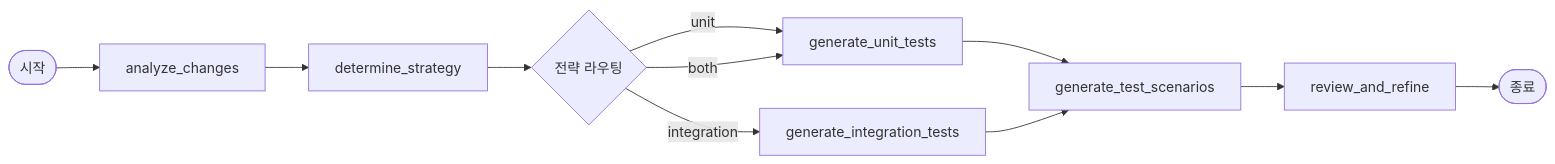
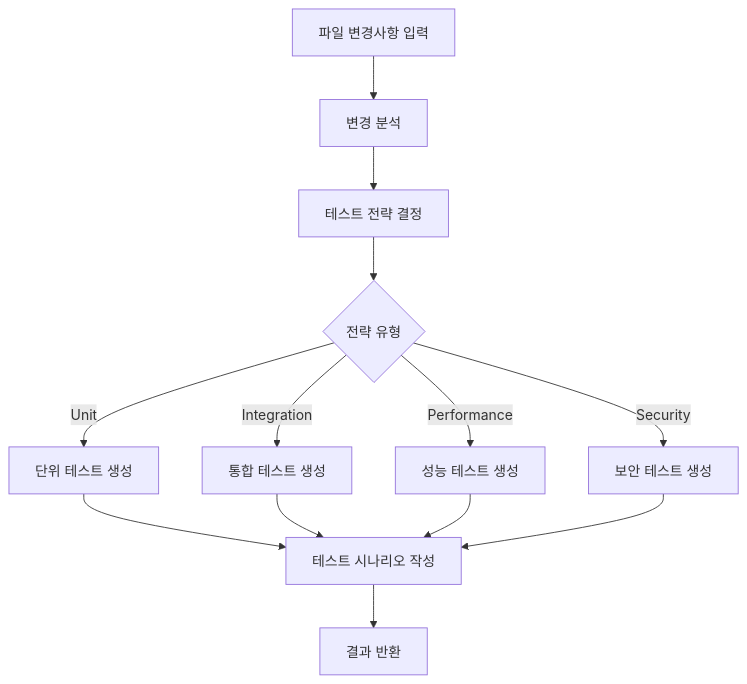
Before and after one commit to hmschlng/MS-AI-MVP: the diagram in docs/core/llm-agent.md, drawn with Mermaid. The commit also changed other lines of this file and 8 other files, not shown here.

````diff
--- a/docs/core/llm-agent.md
+++ b/docs/core/llm-agent.md
@@ -113,13 +119,15 @@
 ```mermaid
-graph LR
-    Start([시작]) --> A[analyze_changes]
-    A --> B[determine_strategy]
-    B --> C{전략 라우팅}
-    C -->|unit| D[generate_unit_tests]
-    C -->|integration| E[generate_integration_tests]
-    C -->|both| D
-    D --> F[generate_test_scenarios]
-    E --> F
-    F --> G[review_and_refine]
-    G --> End([종료])
+graph TD
+    A[파일 변경사항 입력] --> B[변경 분석]
+    B --> C[테스트 전략 결정]
+    C --> D{전략 유형}
+    D -->|Unit| E[단위 테스트 생성]
+    D -->|Integration| F[통합 테스트 생성]
+    D -->|Performance| G[성능 테스트 생성]
+    D -->|Security| H[보안 테스트 생성]
+    E --> I[테스트 시나리오 작성]
+    F --> I
+    G --> I
+    H --> I
+    I --> J[결과 반환]
 ```
````
